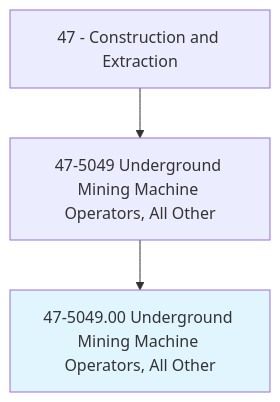
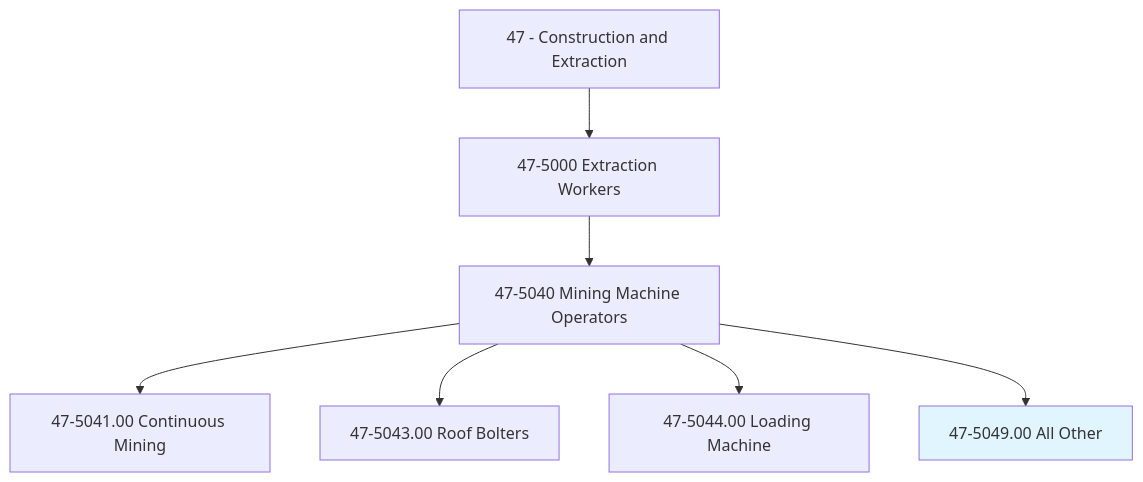
One commit to kziemski/business.org.ai changed the first of 4 diagrams in occupations/Construction/UndergroundMiningMachineOperators.mdx. Above: the diagram before and after it, drawn with Mermaid. The commit also changed other lines of this file and 938 other files, not shown here.

````diff
--- a/occupations/Construction/UndergroundMiningMachineOperators.mdx
+++ b/occupations/Construction/UndergroundMiningMachineOperators.mdx
@@ -19,6 +23,10 @@
 ```mermaid
 graph TD
-    Cat47["47 - Construction and Extraction"] --> Group475049["47-5049 Underground Mining Machine Operators, All Other"]
-    Group475049 --> Current["47-5049.00 Underground Mining Machine Operators, All Other"]
+    Cat47["47 - Construction and Extraction"] --> Group475["47-5000 Extraction Workers"]
+    Group475 --> Group4750["47-5040 Mining Machine Operators"]
+    Group4750 --> Continuous["47-5041.00 Continuous Mining"]
+    Group4750 --> RoofBolt["47-5043.00 Roof Bolters"]
+    Group4750 --> Loading["47-5044.00 Loading Machine"]
+    Group4750 --> Current["47-5049.00 All Other"]
     style Current fill:#e1f5fe
 ```
````
